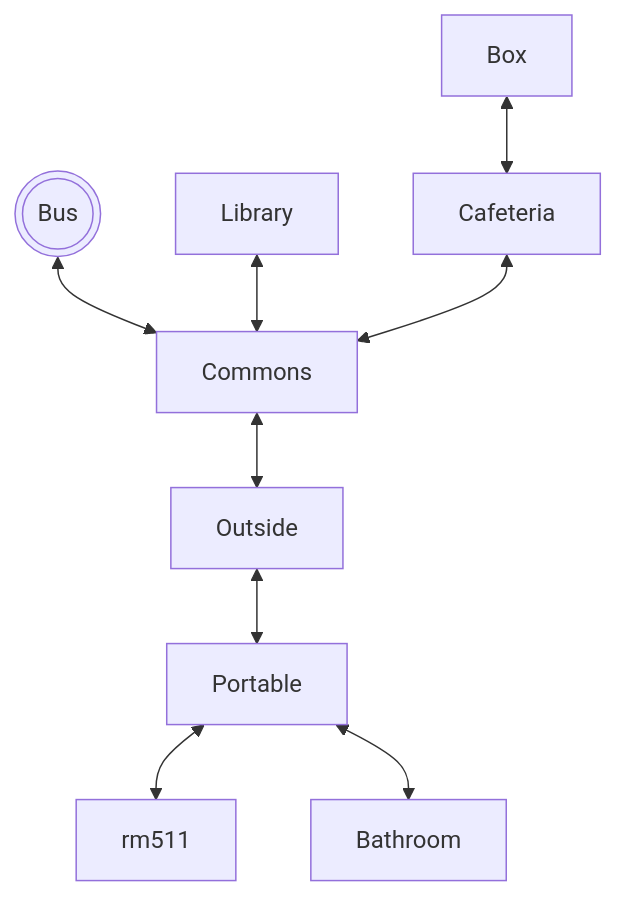
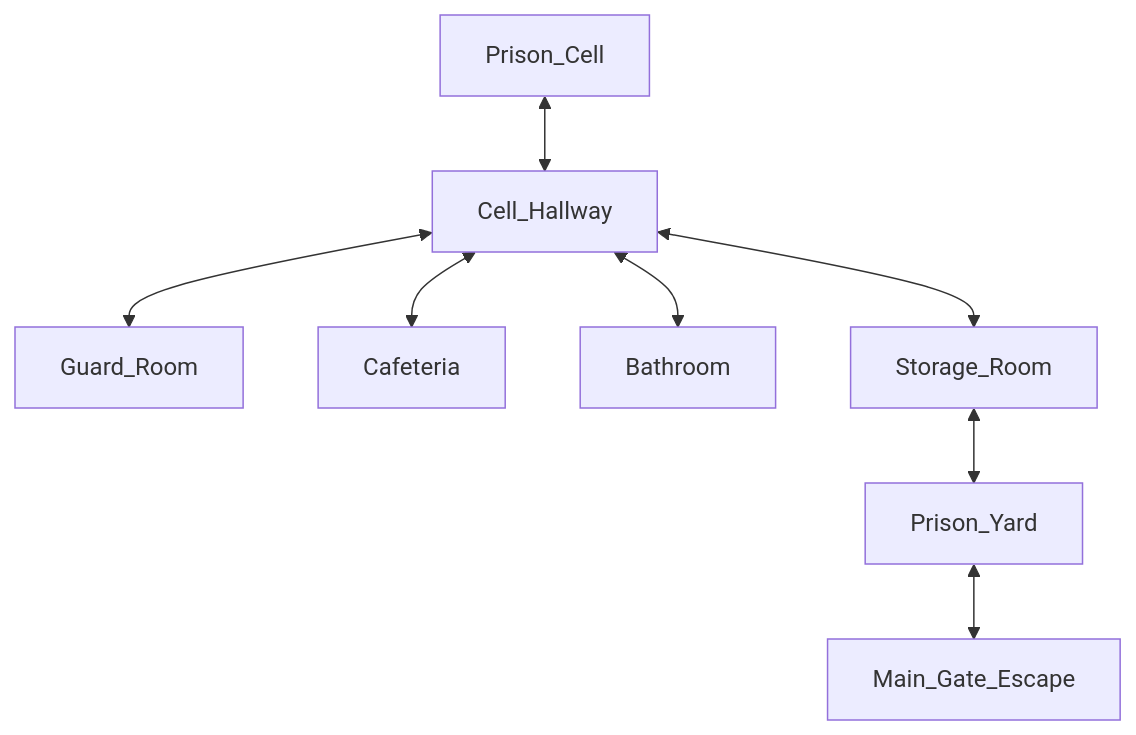
The diagram in projects/game/README.md (3456987/3456987.github.io), drawn with Mermaid before and after one commit. The commit also changed other lines of this file, not shown here.

````diff
--- a/projects/game/README.md
+++ b/projects/game/README.md
@@ -9,11 +8,10 @@
 ```mermaid
 graph TD;
-    bus(((Bus)))<-->Commons;
-    Library<-->Commons;
-    Box<-->Cafeteria;
-    Cafeteria<-->Commons;
-    Commons<-->Outside;
-    Outside<-->Portable;
-    Portable<-->rm511;
-    Portable<-->Bathroom;
+    Prison_Cell<-->Cell_Hallway;
+    Cell_Hallway<-->Guard_Room;
+    Cell_Hallway<-->Cafeteria;
+    Cell_Hallway<-->Bathroom;
+    Cell_Hallway<-->Storage_Room;
+    Storage_Room<-->Prison_Yard;
+    Prison_Yard<-->Main_Gate_Escape;
 ```
````
